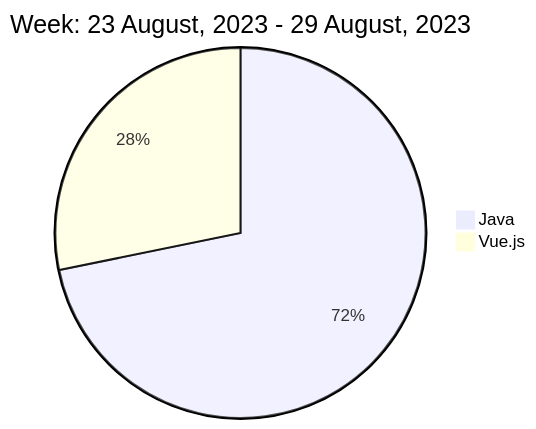
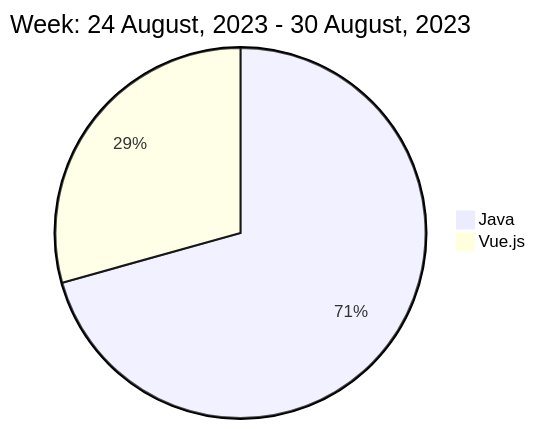
Before and after one commit to liubin95/liubin95: the diagram in README.md, drawn with Mermaid.

Commit message:
Updated the Graph with new Metrics

````diff
--- a/README.md
+++ b/README.md
@@ -40,6 +40,6 @@
 ```mermaid
  pie
-title Week: 23 August, 2023 - 29 August, 2023
- "Java" : 5.65
- "Vue.js" : 2.22
+title Week: 24 August, 2023 - 30 August, 2023
+ "Java" : 5.47
+ "Vue.js" : 2.27
 ```
````
